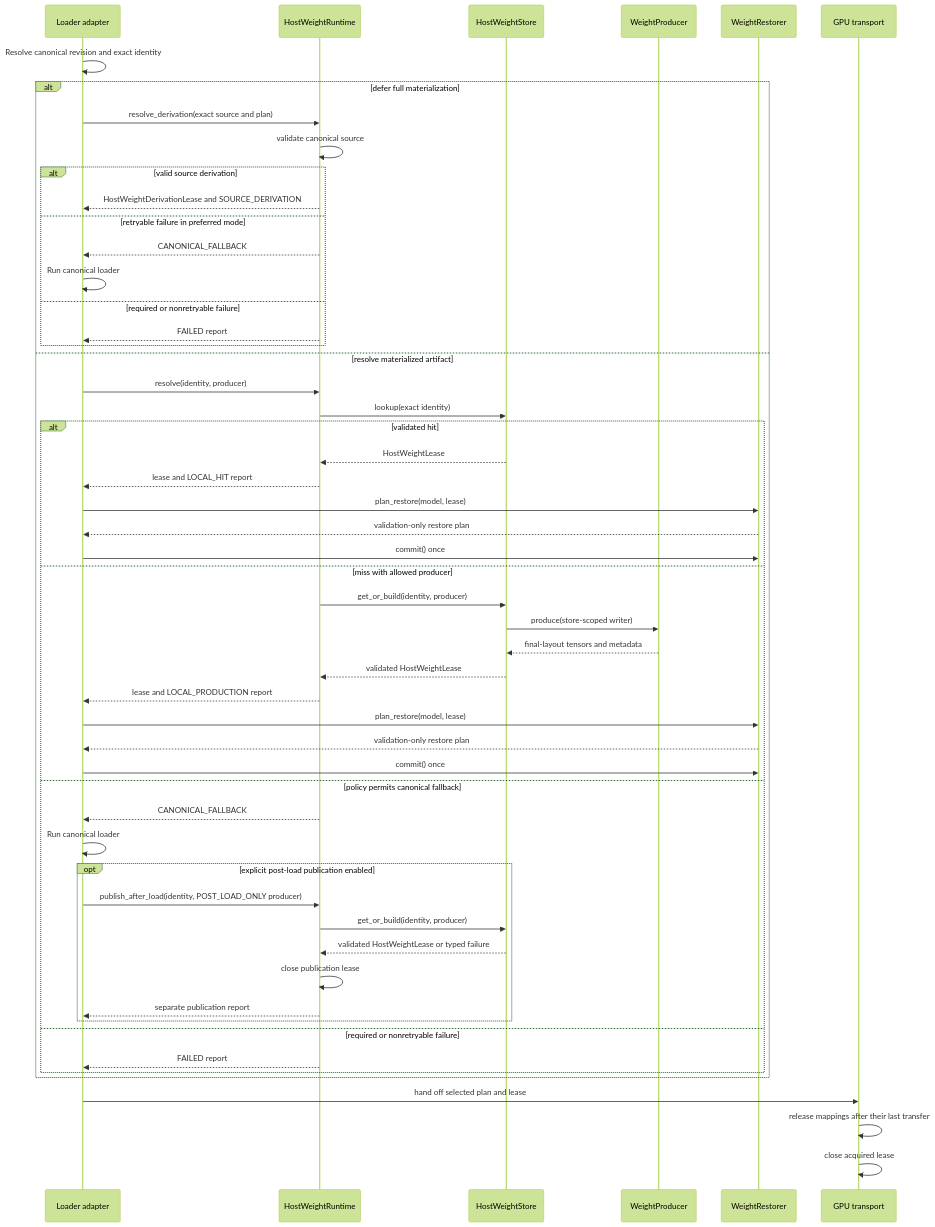
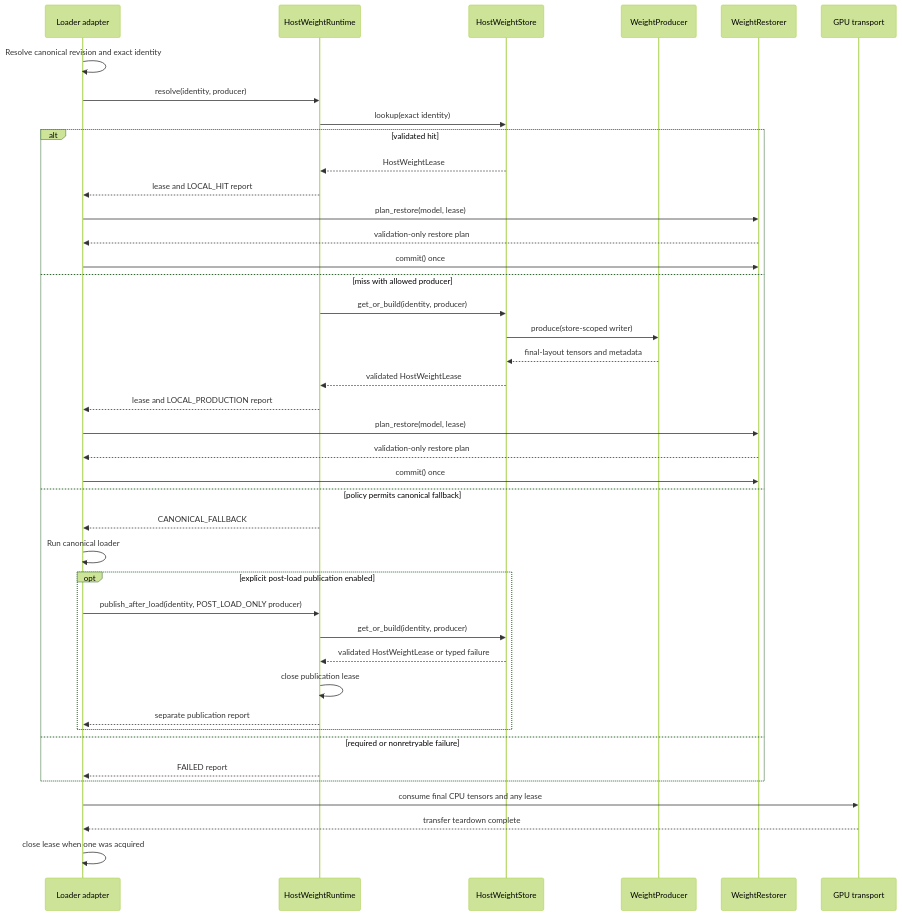
Before and after one commit to baonudesifeizhai/vllm-omni: the second of 2 diagrams in docs/design/feature/host_weight_runtime.md, drawn with Mermaid (forest theme). The commit also changed other lines of this file and 15 other files, not shown here.

````diff
--- a/docs/design/feature/host_weight_runtime.md
+++ b/docs/design/feature/host_weight_runtime.md
@@ -144,57 +121,44 @@
 ```mermaid
 sequenceDiagram
     participant L as Loader adapter
     participant R as HostWeightRuntime
     participant S as HostWeightStore
     participant P as WeightProducer
     participant X as WeightRestorer
     participant T as GPU transport
 
     L->>L: Resolve canonical revision and exact identity
-    alt defer full materialization
-        L->>R: resolve_derivation(exact source and plan)
-        R->>R: validate canonical source
-        alt valid source derivation
-            R-->>L: HostWeightDerivationLease and SOURCE_DERIVATION
-        else retryable failure in preferred mode
-            R-->>L: CANONICAL_FALLBACK
-            L->>L: Run canonical loader
-        else required or nonretryable failure
-            R-->>L: FAILED report
+    L->>R: resolve(identity, producer)
+    R->>S: lookup(exact identity)
+    alt validated hit
+        S-->>R: HostWeightLease
+        R-->>L: lease and LOCAL_HIT report
+        L->>X: plan_restore(model, lease)
+        X-->>L: validation-only restore plan
+        L->>X: commit() once
+    else miss with allowed producer
+        R->>S: get_or_build(identity, producer)
+        S->>P: produce(store-scoped writer)
+        P-->>S: final-layout tensors and metadata
+        S-->>R: validated HostWeightLease
+        R-->>L: lease and LOCAL_PRODUCTION report
+        L->>X: plan_restore(model, lease)
+        X-->>L: validation-only restore plan
+        L->>X: commit() once
+    else policy permits canonical fallback
+        R-->>L: CANONICAL_FALLBACK
+        L->>L: Run canonical loader
+        opt explicit post-load publication enabled
+            L->>R: publish_after_load(identity, POST_LOAD_ONLY producer)
+            R->>S: get_or_build(identity, producer)
+            S-->>R: validated HostWeightLease or typed failure
+            R->>R: close publication lease
+            R-->>L: separate publication report
         end
-    else resolve materialized artifact
-        L->>R: resolve(identity, producer)
-        R->>S: lookup(exact identity)
-        alt validated hit
-            S-->>R: HostWeightLease
-            R-->>L: lease and LOCAL_HIT report
-            L->>X: plan_restore(model, lease)
-            X-->>L: validation-only restore plan
-            L->>X: commit() once
-        else miss with allowed producer
-            R->>S: get_or_build(identity, producer)
-            S->>P: produce(store-scoped writer)
-            P-->>S: final-layout tensors and metadata
-            S-->>R: validated HostWeightLease
-            R-->>L: lease and LOCAL_PRODUCTION report
-            L->>X: plan_restore(model, lease)
-            X-->>L: validation-only restore plan
-            L->>X: commit() once
-        else policy permits canonical fallback
-            R-->>L: CANONICAL_FALLBACK
-            L->>L: Run canonical loader
-            opt explicit post-load publication enabled
-                L->>R: publish_after_load(identity, POST_LOAD_ONLY producer)
-                R->>S: get_or_build(identity, producer)
-                S-->>R: validated HostWeightLease or typed failure
-                R->>R: close publication lease
-                R-->>L: separate publication report
-            end
-        else required or nonretryable failure
-            R-->>L: FAILED report
-        end
+    else required or nonretryable failure
+        R-->>L: FAILED report
     end
-    L->>T: hand off selected plan and lease
-    T->>T: release mappings after their last transfer
-    T->>T: close acquired lease
+    L->>T: consume final CPU tensors and any lease
+    T-->>L: transfer teardown complete
+    L->>L: close lease when one was acquired
 ```
````
